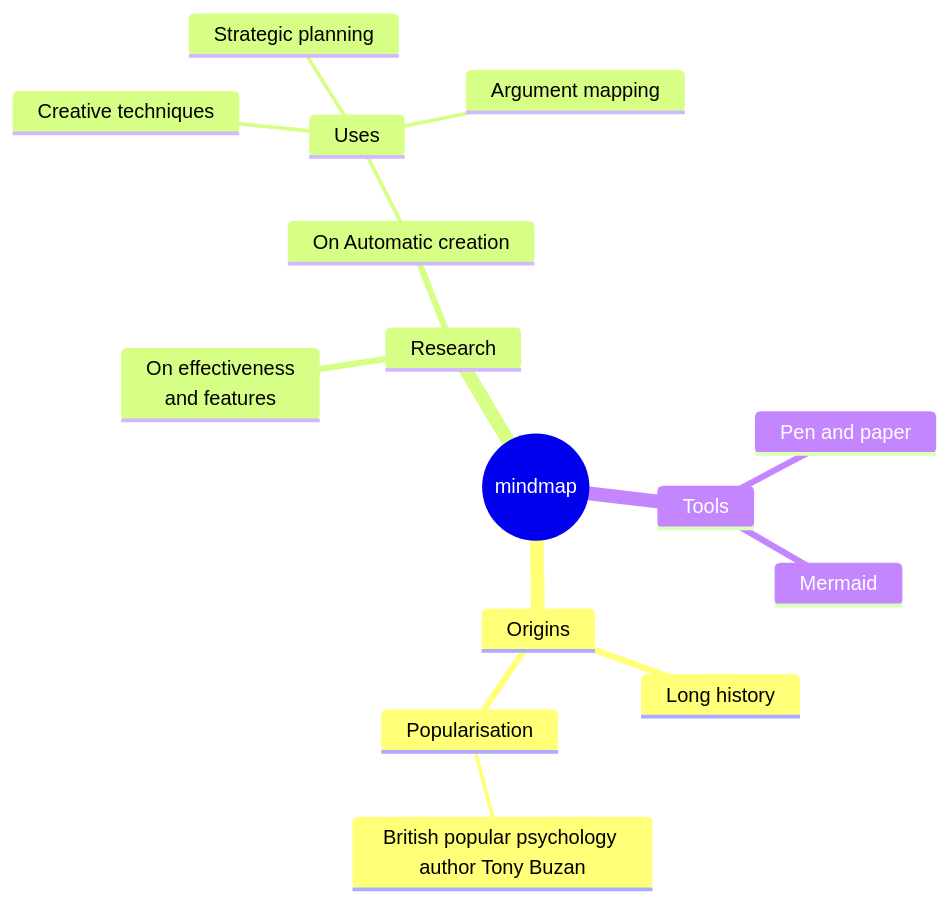
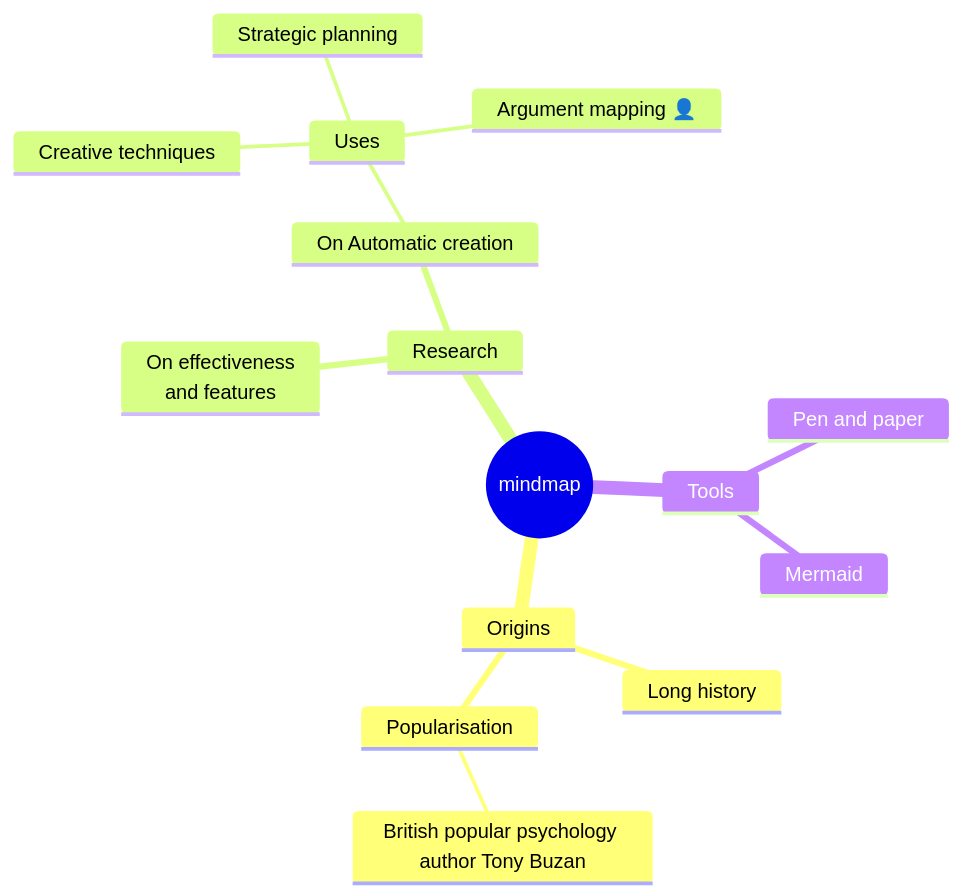
One commit to singhanmolpreet/mermaid changed the fifth of 5 diagrams in README.md. Above: the diagram before and after it, drawn with Mermaid.

````diff
--- a/README.md
+++ b/README.md
@@ -44,20 +44,19 @@
 ``` mermaid
 mindmap
   root((mindmap))
     Origins
       Long history
       ::icon(fa fa-book)
       Popularisation
         British popular psychology author Tony Buzan
     Research
       On effectiveness<br/>and features
       On Automatic creation
         Uses
             Creative techniques
             Strategic planning
-            Argument mapping
-            ::icon(fa fa-book)
+            Argument mapping 👤
     Tools
       Pen and paper
       Mermaid
 ```
````
